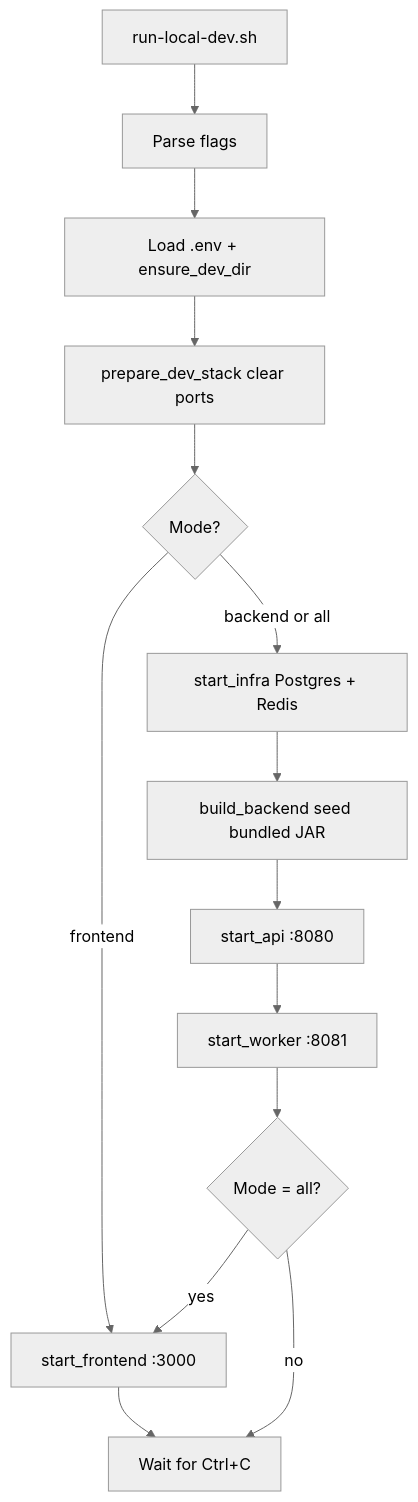
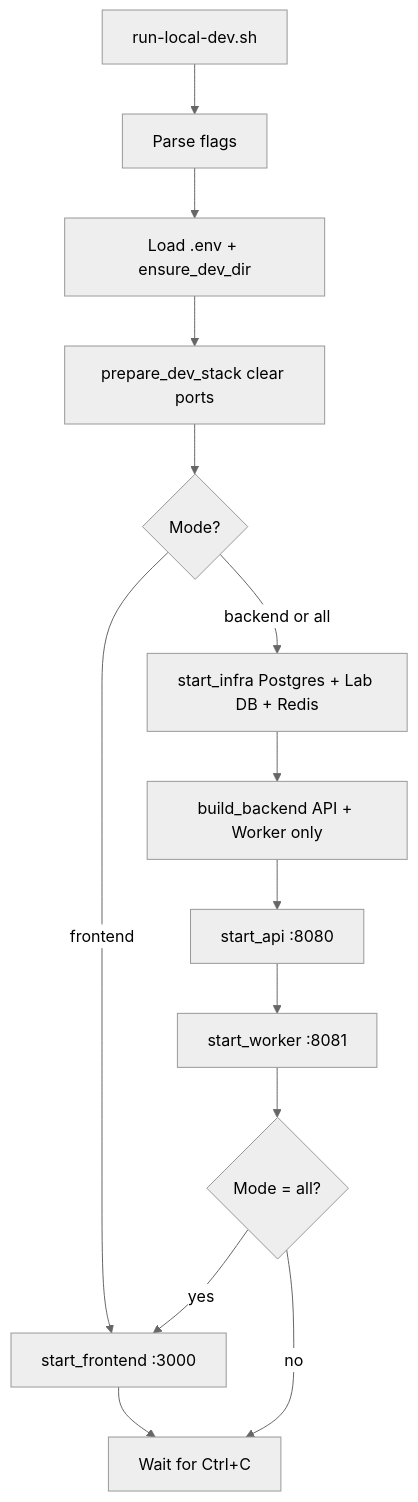
The diagram in docs/development.md (shubh-am8/data-migration-tool), drawn with Mermaid (neutral theme) before and after one commit. The commit also changed other lines of this file and 43 other files, not shown here.

````diff
--- a/docs/development.md
+++ b/docs/development.md
@@ -34,16 +35,16 @@
 ```mermaid
 flowchart TD
   start[run-local-dev.sh] --> parse[Parse flags]
   parse --> env[Load .env + ensure_dev_dir]
   env --> prepare[prepare_dev_stack clear ports]
   prepare --> mode{Mode?}
   mode -->|frontend| fe[start_frontend :3000]
-  mode -->|backend or all| infra[start_infra Postgres + Redis]
-  infra --> build[build_backend seed bundled JAR]
+  mode -->|backend or all| infra[start_infra Postgres + Lab DB + Redis]
+  infra --> build[build_backend API + Worker only]
   build --> api[start_api :8080]
   api --> worker[start_worker :8081]
   worker --> allCheck{Mode = all?}
   allCheck -->|yes| fe
   allCheck -->|no| wait[Wait for Ctrl+C]
   fe --> wait
 ```
````
